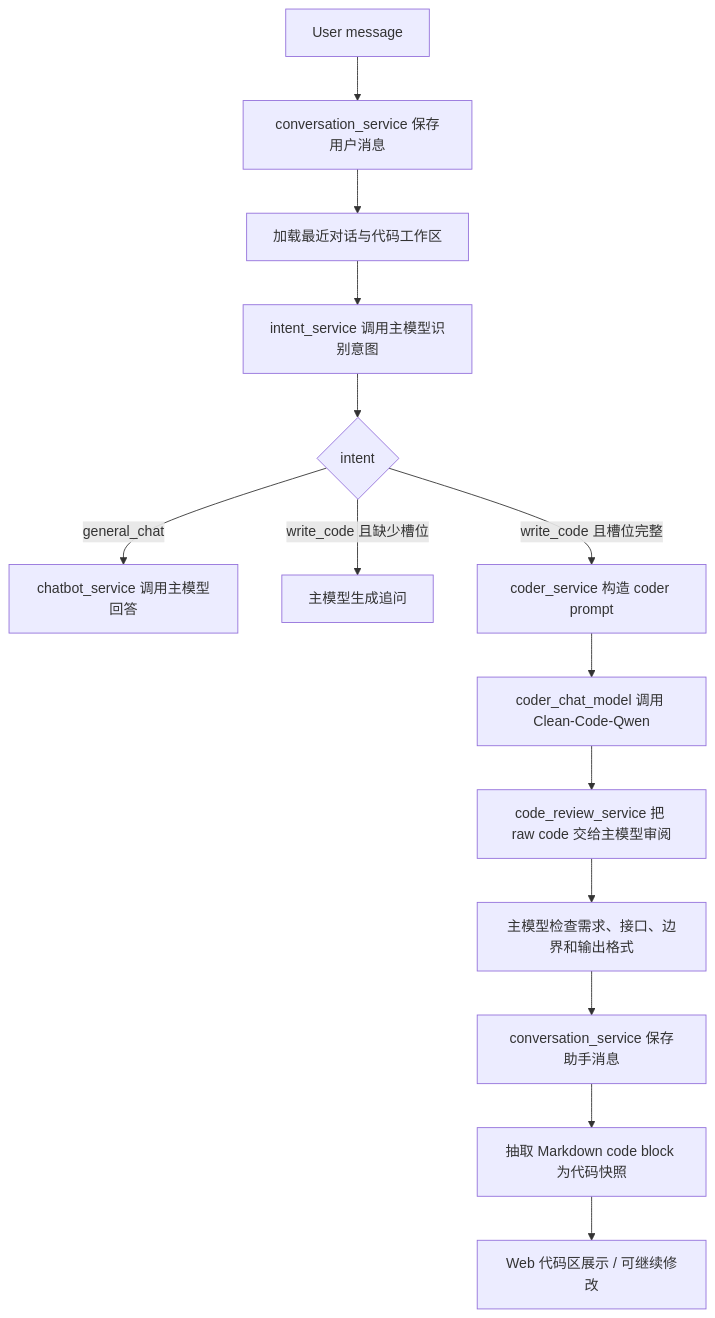
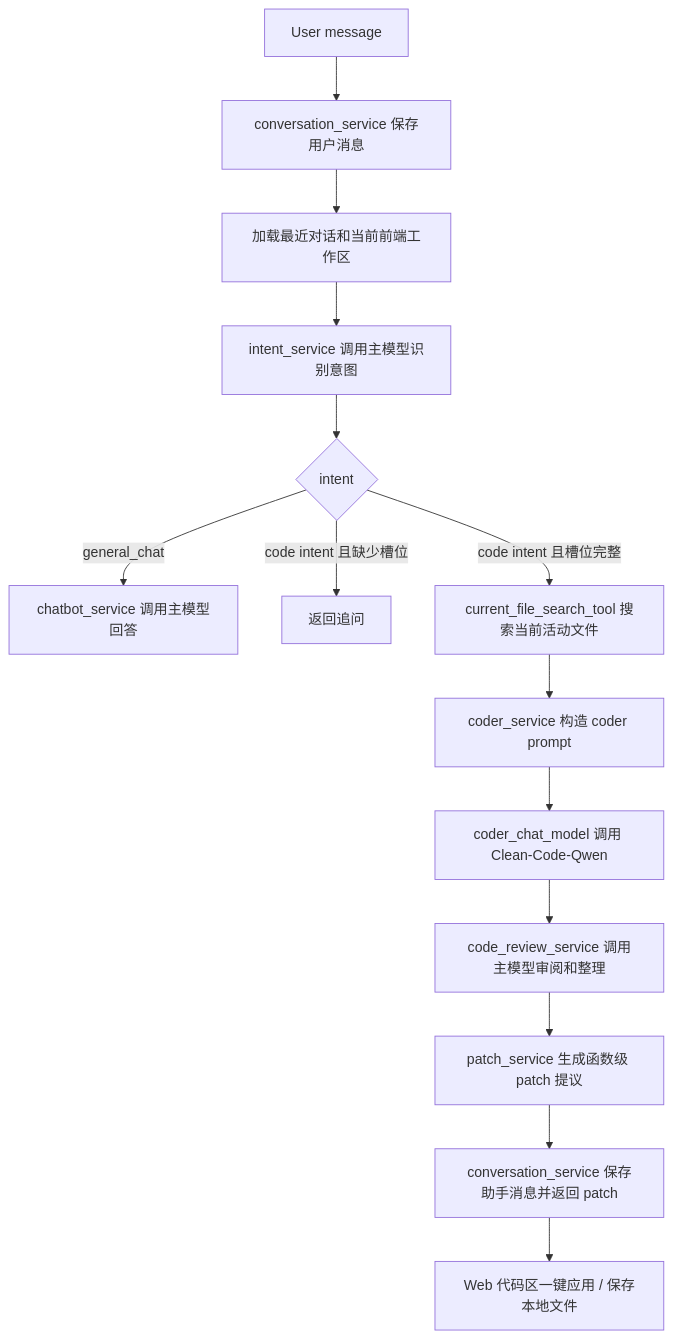
Before and after one commit to iiicellled/Clean-Code-Agent: the first of 2 diagrams in README.md, drawn with Mermaid. The commit also changed other lines of this file and 22 other files, not shown here.

````diff
--- a/README.md
+++ b/README.md
@@ -43,16 +44,16 @@
 ```mermaid
 flowchart TD
     A[User message] --> B[conversation_service 保存用户消息]
-    B --> C[加载最近对话与代码工作区]
+    B --> C[加载最近对话和当前前端工作区]
     C --> D[intent_service 调用主模型识别意图]
     D --> E{intent}
     E -->|general_chat| F[chatbot_service 调用主模型回答]
-    E -->|write_code 且缺少槽位| G[主模型生成追问]
-    E -->|write_code 且槽位完整| H[coder_service 构造 coder prompt]
-    H --> I[coder_chat_model 调用 Clean-Code-Qwen]
-    I --> J[code_review_service 把 raw code 交给主模型审阅]
-    J --> K[主模型检查需求、接口、边界和输出格式]
-    K --> L[conversation_service 保存助手消息]
-    L --> M[抽取 Markdown code block 为代码快照]
-    M --> N[Web 代码区展示 / 可继续修改]
+    E -->|code intent 且缺少槽位| G[返回追问]
+    E -->|code intent 且槽位完整| H[current_file_search_tool 搜索当前活动文件]
+    H --> I[coder_service 构造 coder prompt]
+    I --> J[coder_chat_model 调用 Clean-Code-Qwen]
+    J --> K[code_review_service 调用主模型审阅和整理]
+    K --> L[patch_service 生成函数级 patch 提议]
+    L --> M[conversation_service 保存助手消息并返回 patch]
+    M --> N[Web 代码区一键应用 / 保存本地文件]
 ```
````
